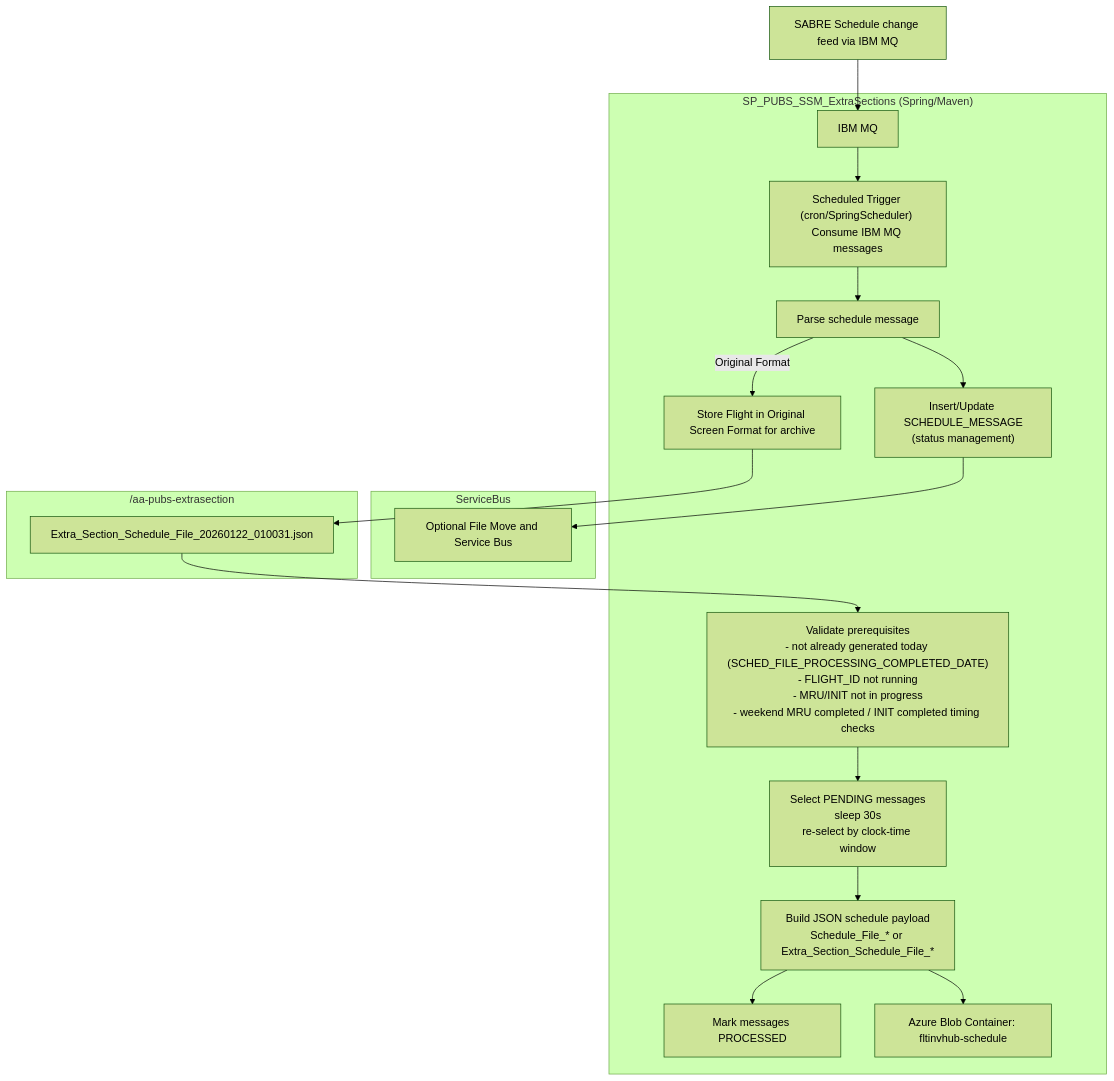
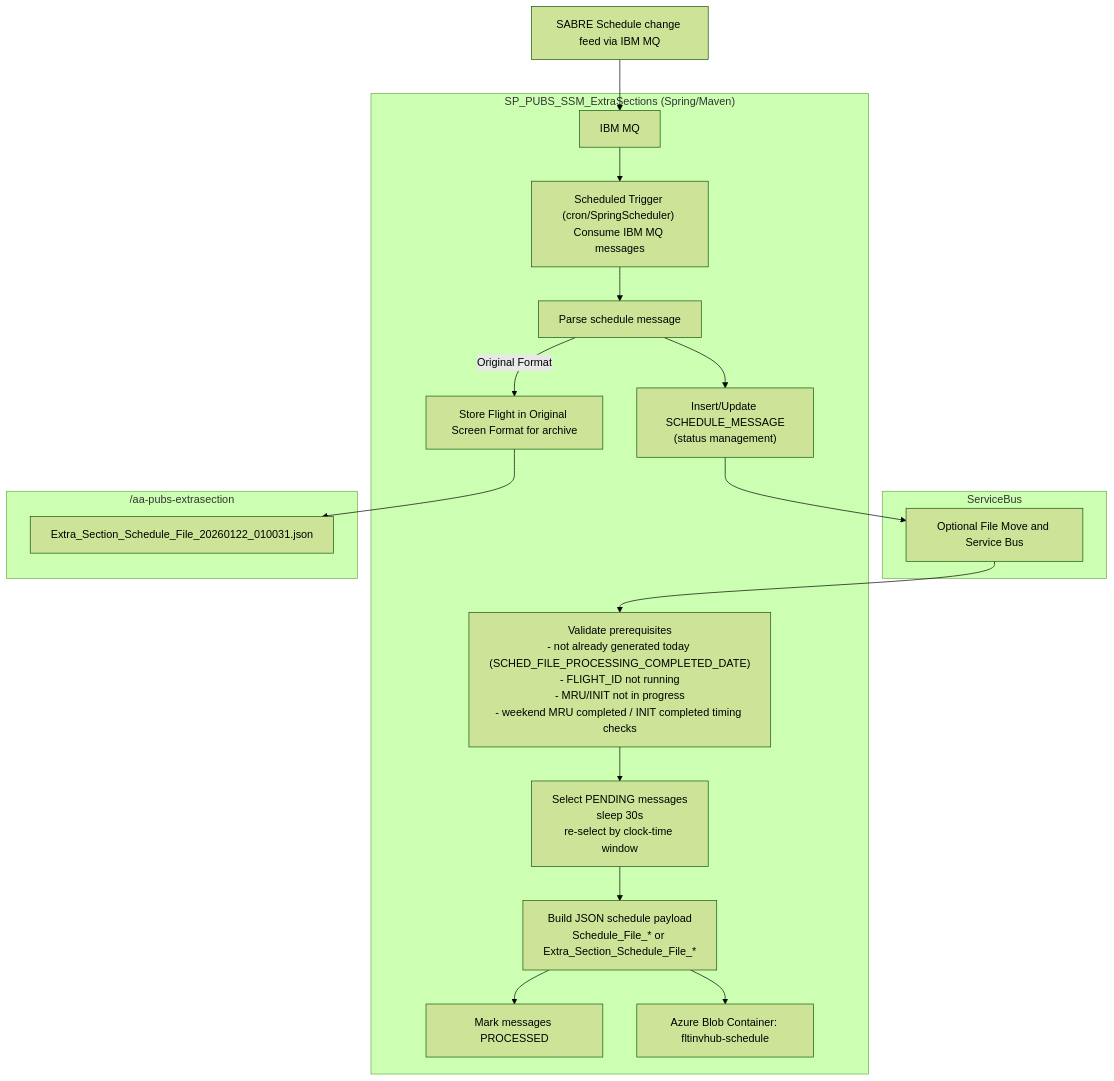
Before and after one commit to GarrenBagley366/SP_PUBS_SSM_ExtraSections: the diagram in README.md, drawn with Mermaid (forest theme).

Commit message:
Change edge from FA to SB in README

````diff
--- a/README.md
+++ b/README.md
@@ -10,36 +10,36 @@
 ```mermaid
 flowchart TD
   %% Sources
   SABRE["SABRE Schedule change feed via IBM MQ"] --> MQ["IBM MQ"]
 
   %% Generator
   subgraph GEN["SP_PUBS_SSM_ExtraSections (Spring/Maven)"]
     MQ --> G1["Scheduled Trigger (cron/SpringScheduler) Consume IBM MQ messages"]
     G1 --> G2["Parse schedule message"]
     click G2 href "https://github.com/AAInternal/FltInvhub_Schedule_FileProcessor/wiki/File-Processor-Business-Rules"
     G2 --> G3["Insert/Update SCHEDULE_MESSAGE<br/>(status management)"]
     G2 -->|Original Format| G4["Store Flight in Original Screen Format for archive<br/>"]
     
 
 G6["Validate prerequisites<br/>- not already generated today (SCHED_FILE_PROCESSING_COMPLETED_DATE)<br/>- FLIGHT_ID not running<br/>- MRU/INIT not in progress<br/>- weekend MRU completed / INIT completed timing checks"]
     G6 --> G7["Select PENDING messages<br/>sleep 30s<br/>re-select by clock-time window"]
     G7 --> G8["Build JSON schedule payload<br/>Schedule_File_* or Extra_Section_Schedule_File_*"]
     G8 --> G9["Mark messages PROCESSED"]
     G8 --> BLOB_IN["Azure Blob Container: fltinvhub-schedule"]
   end
 
   %% Message Bus
   subgraph ServiceBus
     SB["Optional File Move and Service Bus"]
   end
 
   subgraph DIR["/aa-pubs-extrasection"]
     FA["Extra_Section_Schedule_File_20260122_010031.json"]
   end
 
   %% Edges
   G3 --> SB
   G4 --> FA
-  FA --> G6
+  SB --> G6
 
 ```
````
